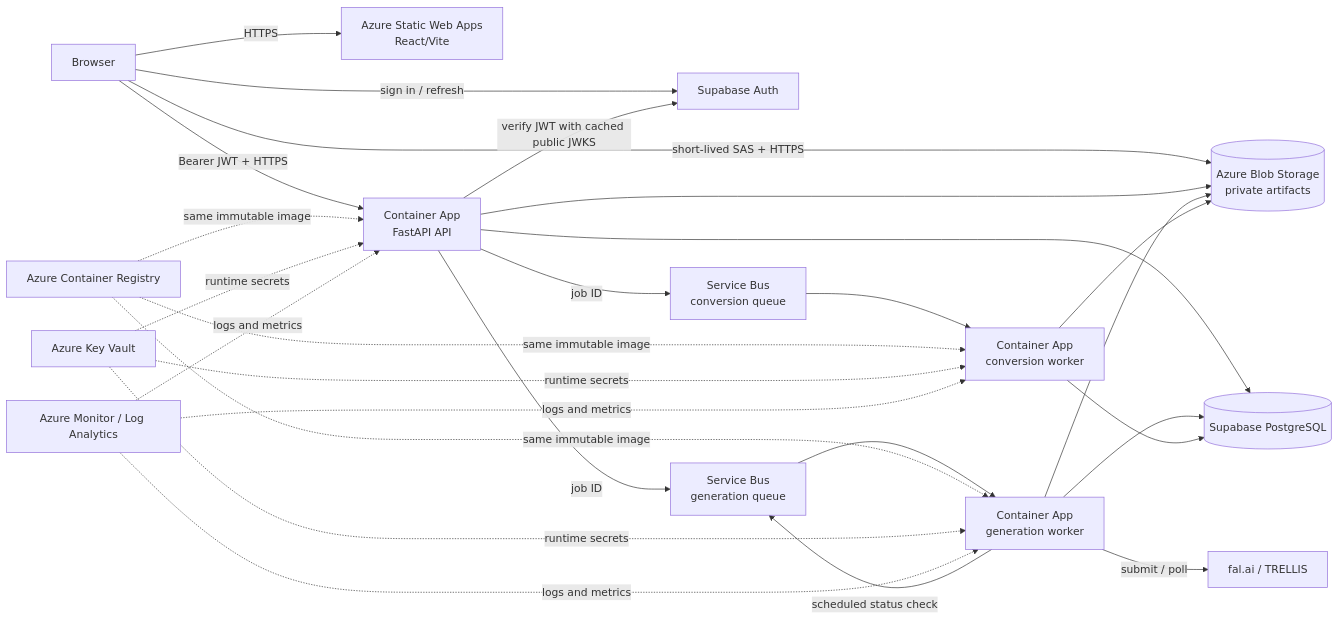
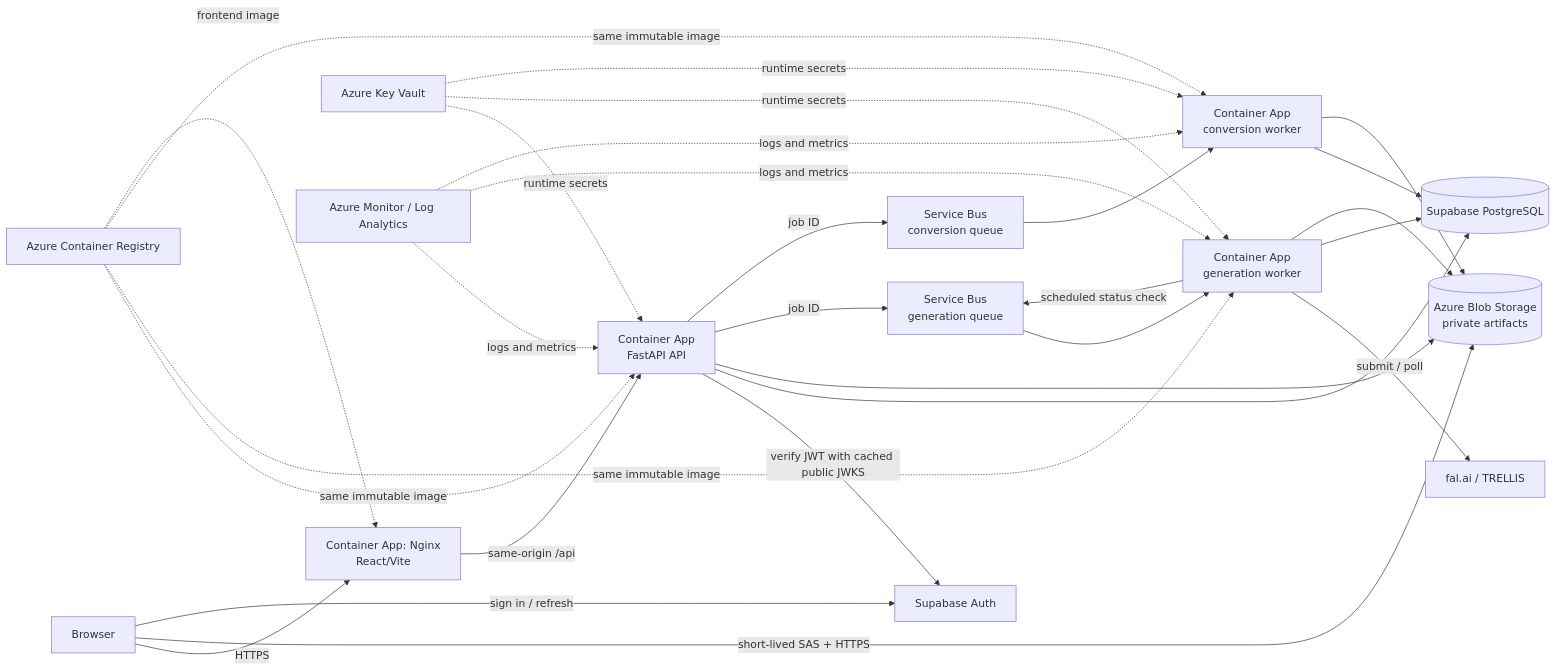
Before and after one commit to regan-tan/image-to-lego: the diagram in docs/deployment/azure-cicd-plan.md, drawn with Mermaid. The commit also changed other lines of this file and 56 other files, not shown here.

````diff
--- a/docs/deployment/azure-cicd-plan.md
+++ b/docs/deployment/azure-cicd-plan.md
@@ -27,33 +47,34 @@
 ```mermaid
 flowchart LR
-    User[Browser] -->|HTTPS| Web[Azure Static Web Apps<br/>React/Vite]
-    User -->|Bearer JWT + HTTPS| API[Container App<br/>FastAPI API]
+    User[Browser] -->|HTTPS| Web[Container App: Nginx<br/>React/Vite]
+    Web -->|same-origin /api| API[Container App<br/>FastAPI API]
     User -->|short-lived SAS + HTTPS| Blob[(Azure Blob Storage<br/>private artifacts)]
     User -->|sign in / refresh| Auth[Supabase Auth]
 
     API -->|verify JWT with cached public JWKS| Auth
     API --> DB[(Supabase PostgreSQL)]
     API --> Blob
     API -->|job ID| GenerationQueue[Service Bus<br/>generation queue]
     API -->|job ID| ConversionQueue[Service Bus<br/>conversion queue]
 
     GenerationQueue --> Generation[Container App<br/>generation worker]
     Generation -->|submit / poll| Fal[fal.ai / TRELLIS]
     Generation --> DB
     Generation --> Blob
     Generation -->|scheduled status check| GenerationQueue
 
     ConversionQueue --> Conversion[Container App<br/>conversion worker]
     Conversion --> DB
     Conversion --> Blob
 
     ACR[Azure Container Registry] -. same immutable image .-> API
     ACR -. same immutable image .-> Generation
     ACR -. same immutable image .-> Conversion
+    ACR -. frontend image .-> Web
     KeyVault[Azure Key Vault] -. runtime secrets .-> API
     KeyVault -. runtime secrets .-> Generation
     KeyVault -. runtime secrets .-> Conversion
     Monitor[Azure Monitor / Log Analytics] -. logs and metrics .-> API
     Monitor -. logs and metrics .-> Generation
     Monitor -. logs and metrics .-> Conversion
 ```
````
